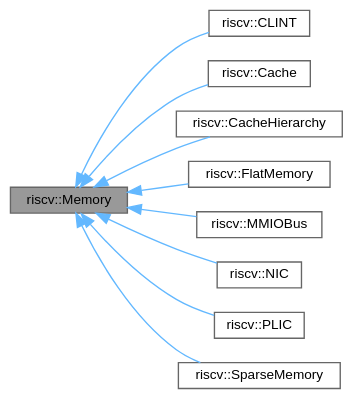
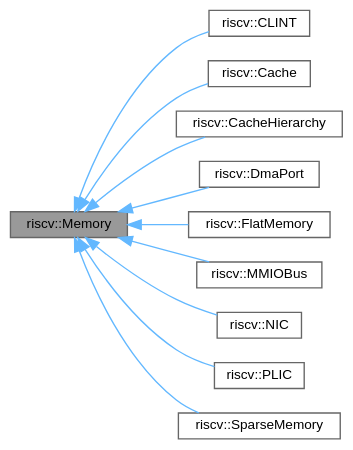
The diagram in api/classriscv_1_1Memory__inherit__graph.dot (danstr0/riscv-uArch-engine), drawn with Graphviz before and after one commit. The commit also changed 202 other files, not shown here.

```diff
--- a/api/classriscv_1_1Memory__inherit__graph.dot
+++ b/api/classriscv_1_1Memory__inherit__graph.dot
@@ -1,25 +1,27 @@
 digraph "riscv::Memory"
 {
  // LATEX_PDF_SIZE
   bgcolor="transparent";
   edge [fontname=Helvetica,fontsize=10,labelfontname=Helvetica,labelfontsize=10];
   node [fontname=Helvetica,fontsize=10,shape=box,height=0.2,width=0.4];
   rankdir="LR";
   Node1 [id="Node000001",label="riscv::Memory",height=0.2,width=0.4,color="gray40", fillcolor="grey60", style="filled", fontcolor="black",tooltip="Abstract interface for all memory-mapped entities."];
   Node1 -> Node2 [id="edge1_Node000001_Node000002",dir="back",color="steelblue1",style="solid",tooltip=" "];
   Node2 [id="Node000002",label="riscv::CLINT",height=0.2,width=0.4,color="gray40", fillcolor="white", style="filled",URL="$classriscv_1_1CLINT.html",tooltip=" "];
   Node1 -> Node3 [id="edge2_Node000001_Node000003",dir="back",color="steelblue1",style="solid",tooltip=" "];
   Node3 [id="Node000003",label="riscv::Cache",height=0.2,width=0.4,color="gray40", fillcolor="white", style="filled",URL="$classriscv_1_1Cache.html",tooltip="Single cache level with configurable geometry, replacement, and write policies."];
   Node1 -> Node4 [id="edge3_Node000001_Node000004",dir="back",color="steelblue1",style="solid",tooltip=" "];
   Node4 [id="Node000004",label="riscv::CacheHierarchy",height=0.2,width=0.4,color="gray40", fillcolor="white", style="filled",URL="$classriscv_1_1CacheHierarchy.html",tooltip="Multi-level cache chain backed by a main memory."];
   Node1 -> Node5 [id="edge4_Node000001_Node000005",dir="back",color="steelblue1",style="solid",tooltip=" "];
-  Node5 [id="Node000005",label="riscv::FlatMemory",height=0.2,width=0.4,color="gray40", fillcolor="white", style="filled",URL="$classriscv_1_1FlatMemory.html",tooltip="Contiguous, byte-addressable RAM region."];
+  Node5 [id="Node000005",label="riscv::DmaPort",height=0.2,width=0.4,color="gray40", fillcolor="white", style="filled",URL="$classriscv_1_1DmaPort.html",tooltip=" "];
   Node1 -> Node6 [id="edge5_Node000001_Node000006",dir="back",color="steelblue1",style="solid",tooltip=" "];
-  Node6 [id="Node000006",label="riscv::MMIOBus",height=0.2,width=0.4,color="gray40", fillcolor="white", style="filled",URL="$classriscv_1_1MMIOBus.html",tooltip="Address-space router connecting the CPU to memory-mapped devices."];
+  Node6 [id="Node000006",label="riscv::FlatMemory",height=0.2,width=0.4,color="gray40", fillcolor="white", style="filled",URL="$classriscv_1_1FlatMemory.html",tooltip="Contiguous, byte-addressable RAM region."];
   Node1 -> Node7 [id="edge6_Node000001_Node000007",dir="back",color="steelblue1",style="solid",tooltip=" "];
-  Node7 [id="Node000007",label="riscv::NIC",height=0.2,width=0.4,color="gray40", fillcolor="white", style="filled",URL="$classriscv_1_1NIC.html",tooltip="Cycle-accurate network interface controller."];
+  Node7 [id="Node000007",label="riscv::MMIOBus",height=0.2,width=0.4,color="gray40", fillcolor="white", style="filled",URL="$classriscv_1_1MMIOBus.html",tooltip="Address-space router connecting the CPU to memory-mapped devices."];
   Node1 -> Node8 [id="edge7_Node000001_Node000008",dir="back",color="steelblue1",style="solid",tooltip=" "];
-  Node8 [id="Node000008",label="riscv::PLIC",height=0.2,width=0.4,color="gray40", fillcolor="white", style="filled",URL="$classriscv_1_1PLIC.html",tooltip="MMIO-mapped Platform-Level Interrupt Controller."];
+  Node8 [id="Node000008",label="riscv::NIC",height=0.2,width=0.4,color="gray40", fillcolor="white", style="filled",URL="$classriscv_1_1NIC.html",tooltip="Cycle-accurate network interface controller."];
   Node1 -> Node9 [id="edge8_Node000001_Node000009",dir="back",color="steelblue1",style="solid",tooltip=" "];
-  Node9 [id="Node000009",label="riscv::SparseMemory",height=0.2,width=0.4,color="gray40", fillcolor="white", style="filled",URL="$classriscv_1_1SparseMemory.html",tooltip=" "];
+  Node9 [id="Node000009",label="riscv::PLIC",height=0.2,width=0.4,color="gray40", fillcolor="white", style="filled",URL="$classriscv_1_1PLIC.html",tooltip="MMIO-mapped Platform-Level Interrupt Controller."];
+  Node1 -> Node10 [id="edge9_Node000001_Node000010",dir="back",color="steelblue1",style="solid",tooltip=" "];
+  Node10 [id="Node000010",label="riscv::SparseMemory",height=0.2,width=0.4,color="gray40", fillcolor="white", style="filled",URL="$classriscv_1_1SparseMemory.html",tooltip=" "];
 }
```
